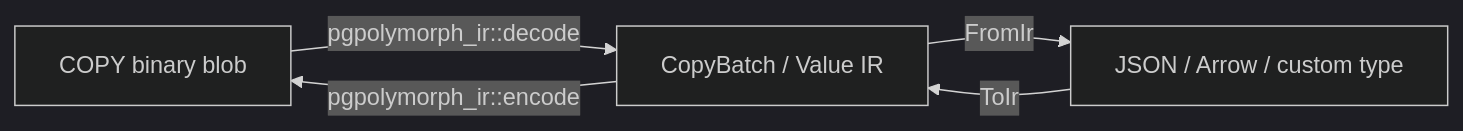
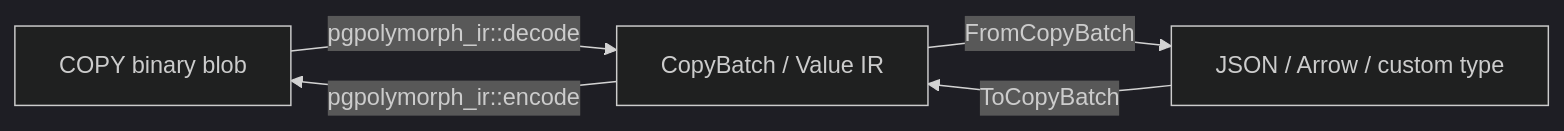
One commit to livinlefevreloca/pgpolymorph changed the second of 2 diagrams in pgpolymorph-ir/SPEC.md. Above: the diagram before and after it, drawn with Mermaid (dark theme). The commit also changed other lines of this file and 36 other files, not shown here.

````diff
--- a/pgpolymorph-ir/SPEC.md
+++ b/pgpolymorph-ir/SPEC.md
@@ -327,11 +328,11 @@
 ```mermaid
 flowchart LR
     Binary[COPY binary blob]
     IR[CopyBatch / Value IR]
     Native[JSON / Arrow / custom type]
 
     Binary -->|"pgpolymorph_ir::decode"| IR
     IR -->|"pgpolymorph_ir::encode"| Binary
-    IR -->|"FromIr"| Native
-    Native -->|"ToIr"| IR
+    IR -->|"FromCopyBatch"| Native
+    Native -->|"ToCopyBatch"| IR
 ```
````
